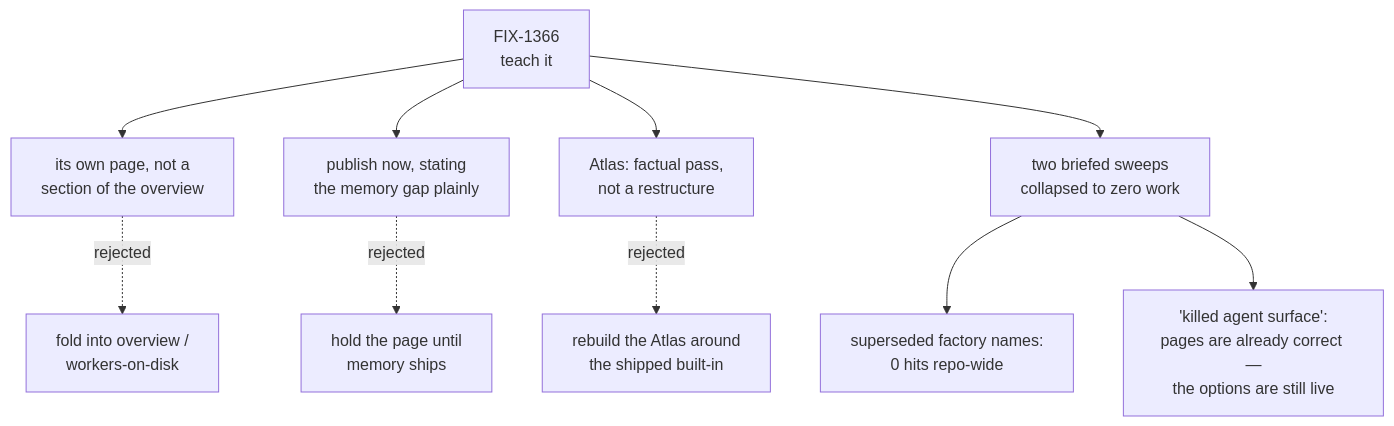
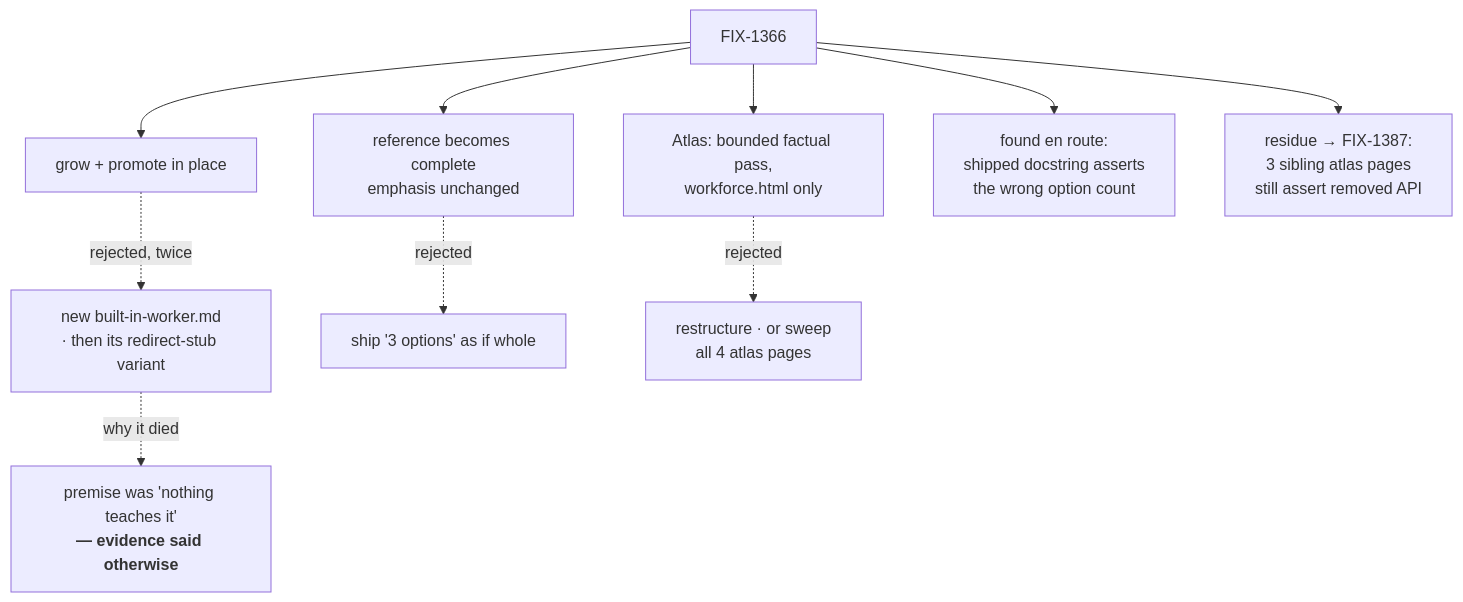
The third of 3 diagrams in spec/FIX-1366.explainer.md (fixpoint-labs/flow-state-dev), drawn with Mermaid before and after one commit. The commit also changed other lines of this file and 1 other file, not shown here.

````diff
--- a/spec/FIX-1366.explainer.md
+++ b/spec/FIX-1366.explainer.md
@@ -39,12 +39,12 @@
 ```mermaid
 flowchart TD
-  I["FIX-1366<br/>teach it"] --> D1["its own page, not a<br/>section of the overview"]
-  I --> D2["publish now, stating<br/>the memory gap plainly"]
-  I --> D3["Atlas: factual pass,<br/>not a restructure"]
-  D1 -.->|rejected| R1["fold into overview /<br/>workers-on-disk"]
-  D2 -.->|rejected| R2["hold the page until<br/>memory ships"]
-  D3 -.->|rejected| R3["rebuild the Atlas around<br/>the shipped built-in"]
-  I --> Z["two briefed sweeps<br/>collapsed to zero work"]
-  Z --> Z1["superseded factory names:<br/>0 hits repo-wide"]
-  Z --> Z2["'killed agent surface':<br/>pages are already correct —<br/>the options are still live"]
+  I["FIX-1366"] --> D1["grow + promote in place"]
+  D1 -.->|"rejected, twice"| R1["new built-in-worker.md<br/>· then its redirect-stub variant"]
+  R1 -.->|"why it died"| E["premise was 'nothing teaches it'<br/><b>— evidence said otherwise</b>"]
+  I --> D2["reference becomes complete<br/>emphasis unchanged"]
+  D2 -.->|"rejected"| R2["ship '3 options' as if whole"]
+  I --> D3["Atlas: bounded factual pass,<br/>workforce.html only"]
+  D3 -.->|"rejected"| R3["restructure · or sweep<br/>all 4 atlas pages"]
+  I --> Z["found en route:<br/>shipped docstring asserts<br/>the wrong option count"]
+  I --> Y["residue → FIX-1387:<br/>3 sibling atlas pages<br/>still assert removed API"]
 ```
````
